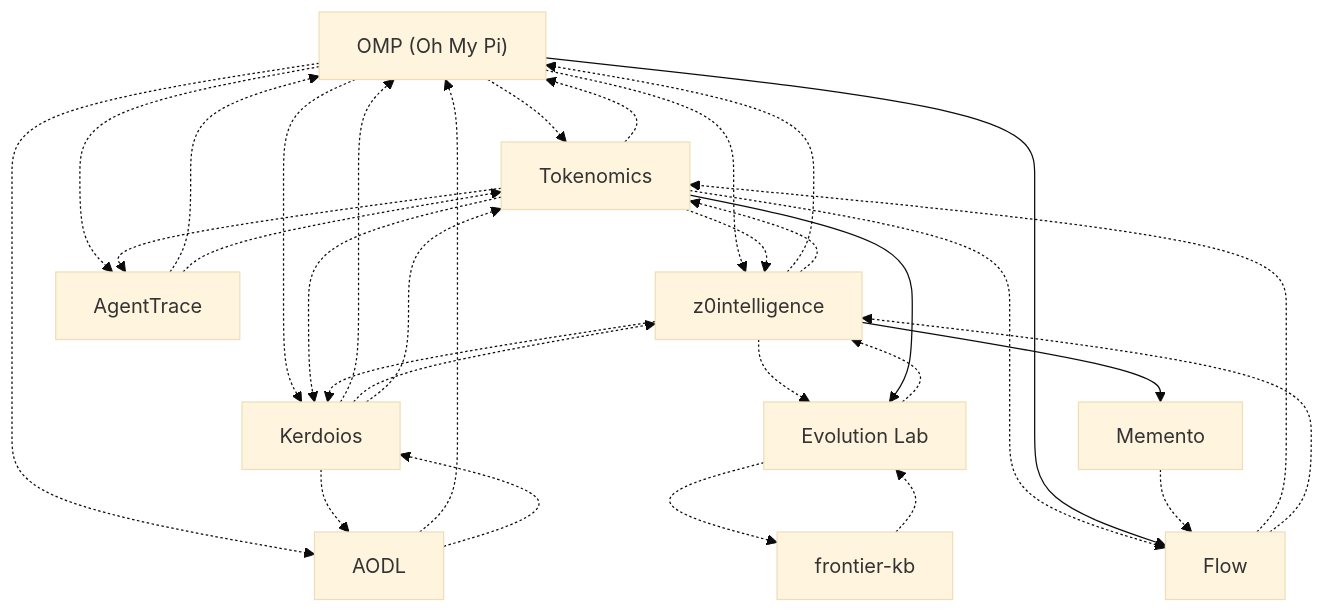
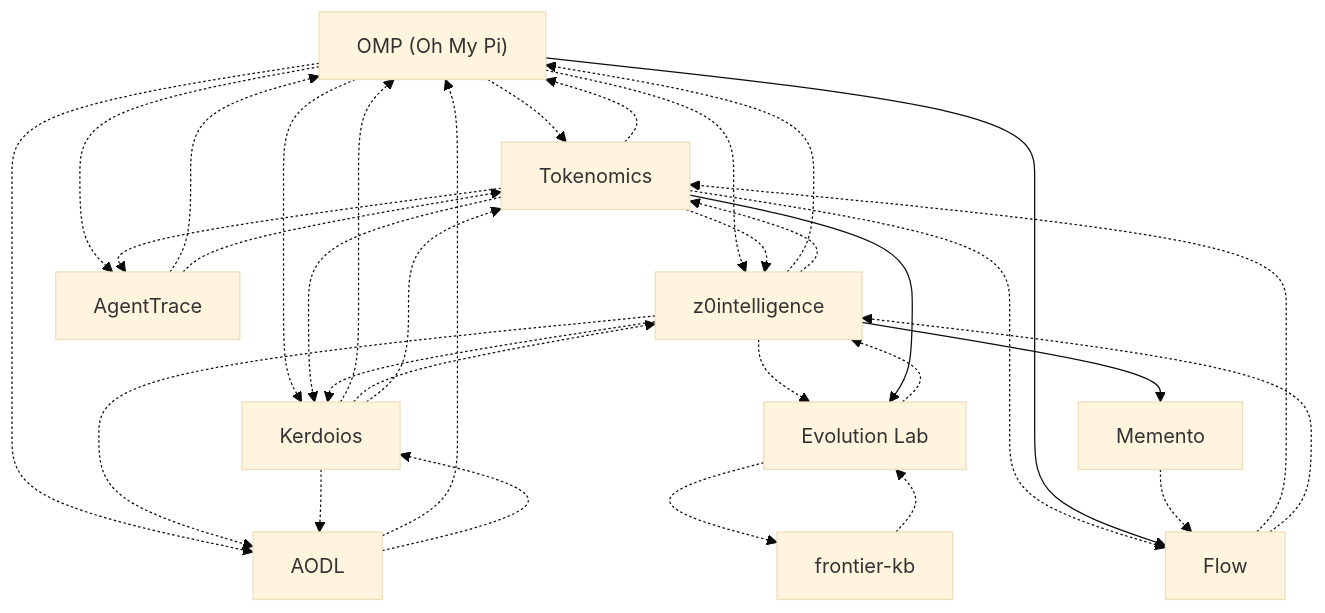
Before and after one commit to kvnloo/z0: the diagram in generated/graph.mmd, drawn with Mermaid (base theme). The commit also changed 10 other files, not shown here.

First line of the commit message:
feat: refresh core z0 architecture for unified memory and specialist stack

```diff
--- a/generated/graph.mmd
+++ b/generated/graph.mmd
@@ -1,42 +1,43 @@
 graph TD
   oh_my_pi["OMP (Oh My Pi)"]
   tokenomics["Tokenomics"]
   flow["Flow"]
   z0intelligence["z0intelligence"]
   kerdoios["Kerdoios"]
   evolution_lab["Evolution Lab"]
   frontier_kb["frontier-kb"]
   aodl["AODL"]
   agenttrace["AgentTrace"]
   memento["Memento"]
   oh_my_pi -.-> tokenomics
   oh_my_pi -.-> z0intelligence
   oh_my_pi -.-> aodl
   oh_my_pi -.-> kerdoios
   oh_my_pi -.-> agenttrace
   tokenomics -.-> oh_my_pi
   tokenomics -.-> z0intelligence
   tokenomics -.-> kerdoios
   tokenomics -.-> agenttrace
   tokenomics -.-> flow
   oh_my_pi --> flow
   flow -.-> tokenomics
   flow -.-> z0intelligence
   z0intelligence -.-> oh_my_pi
   z0intelligence -.-> kerdoios
   z0intelligence -.-> evolution_lab
   z0intelligence -.-> tokenomics
+  z0intelligence -.-> aodl
   kerdoios -.-> oh_my_pi
   kerdoios -.-> z0intelligence
   kerdoios -.-> aodl
   kerdoios -.-> tokenomics
   tokenomics --> evolution_lab
   evolution_lab -.-> frontier_kb
   evolution_lab -.-> z0intelligence
   frontier_kb -.-> evolution_lab
   aodl -.-> oh_my_pi
   aodl -.-> kerdoios
   agenttrace -.-> oh_my_pi
   agenttrace -.-> tokenomics
   z0intelligence --> memento
   memento -.-> flow
```
